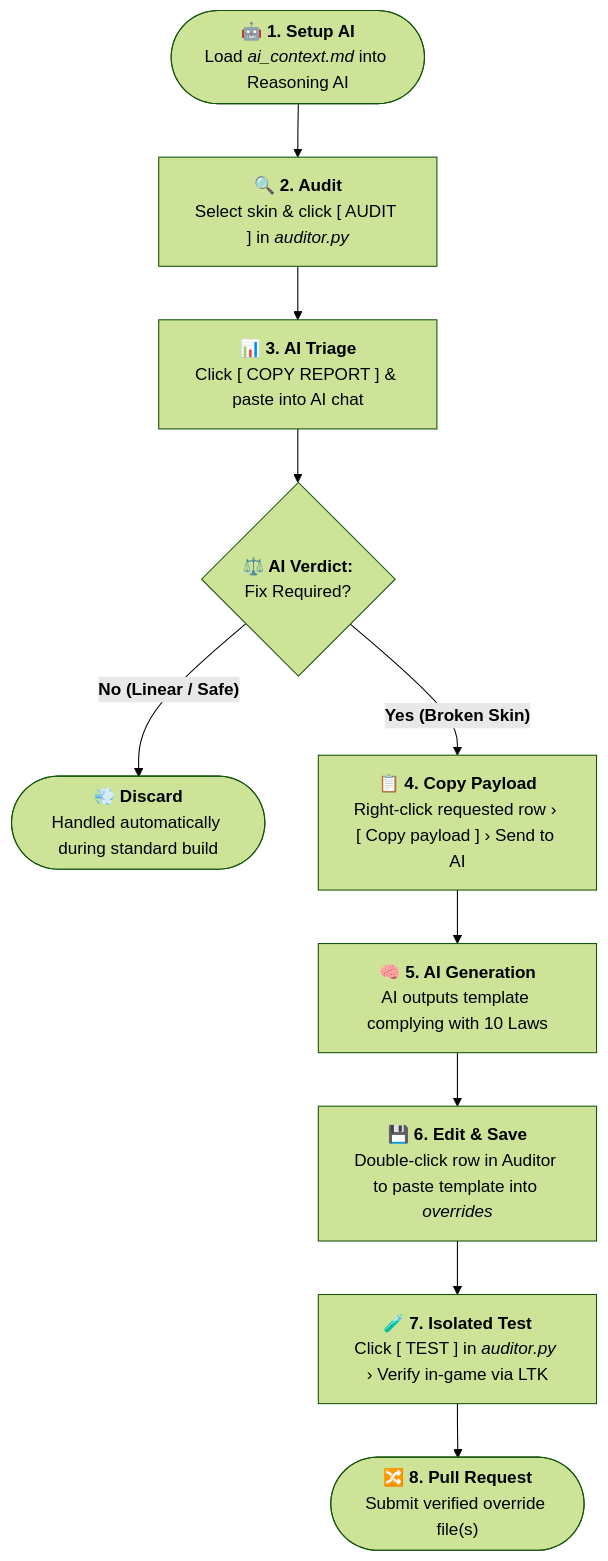
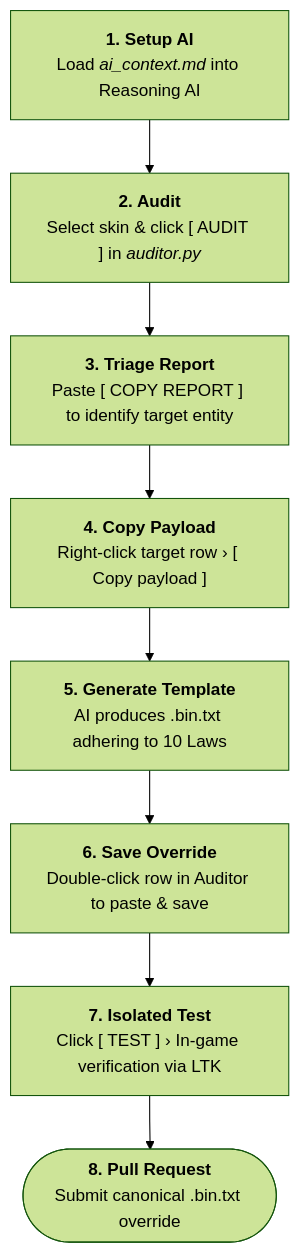
The diagram in CONTRIBUTING.md (gsmeven/vanilla-true-builder), drawn with Mermaid (forest theme) before and after one commit. The commit also changed other lines of this file, not shown here.

````diff
--- a/CONTRIBUTING.md
+++ b/CONTRIBUTING.md
@@ -23,12 +23,10 @@
 ```mermaid
 flowchart TD
-    A(["<b>🤖 1. Setup AI</b>\nLoad <i>ai_context.md</i> into Reasoning AI"]) --> B["<b>🔍 2. Audit</b>\nSelect skin & click [ AUDIT ] in <i>auditor.py</i>"]
-    B --> C["<b>📊 3. AI Triage</b>\nClick [ COPY REPORT ] & paste into AI chat"]
-    C --> D{"<b>⚖️ AI Verdict:</b>\nFix Required?"}
-    D -- "<b>No (Linear / Safe)</b>" --> E(["<b>💨 Discard</b>\nHandled automatically during standard build"])
-    D -- "<b>Yes (Broken Skin)</b>" --> F["<b>📋 4. Copy Payload</b>\nRight-click requested row › [ Copy payload ] › Send to AI"]
-    F --> G["<b>🧠 5. AI Generation</b>\nAI outputs template complying with 10 Laws"]
-    G --> H["<b>💾 6. Edit & Save</b>\nDouble-click row in Auditor to paste template into <i>overrides</i>"]
-    H --> I["<b>🧪 7. Isolated Test</b>\nClick [ TEST ] in <i>auditor.py</i> › Verify in-game via LTK"]
-    I --> J(["<b>🔀 8. Pull Request</b>\nSubmit verified override file(s)"])
+    A["<b>1. Setup AI</b><br/>Load <i>ai_context.md</i> into Reasoning AI"] --> B["<b>2. Audit</b><br/>Select skin & click [ AUDIT ] in <i>auditor.py</i>"]
+    B --> C["<b>3. Triage Report</b><br/>Paste [ COPY REPORT ] to identify target entity"]
+    C --> D["<b>4. Copy Payload</b><br/>Right-click target row › [ Copy payload ]"]
+    D --> E["<b>5. Generate Template</b><br/>AI produces .bin.txt adhering to 10 Laws"]
+    E --> F["<b>6. Save Override</b><br/>Double-click row in Auditor to paste & save"]
+    F --> G["<b>7. Isolated Test</b><br/>Click [ TEST ] › In-game verification via LTK"]
+    G --> H(["<b>8. Pull Request</b><br/>Submit canonical .bin.txt override"])
 ```
````
